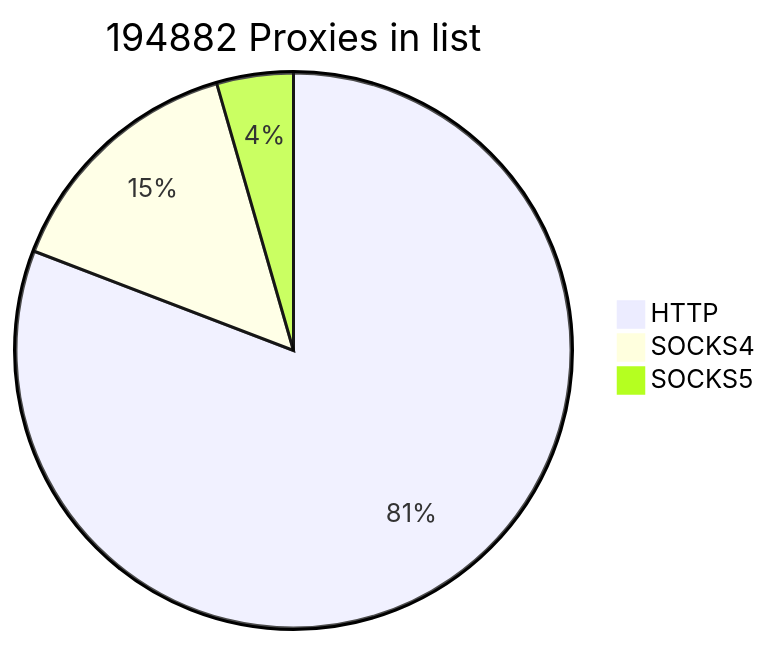
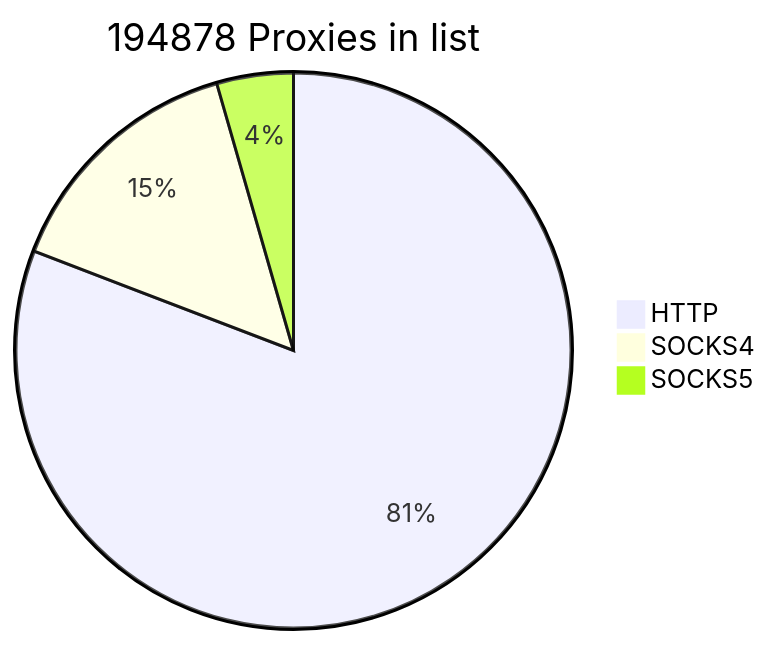
The first of 2 diagrams in README.md (cutipu/proxylist), drawn with Mermaid before and after one commit. The commit also changed other lines of this file, not shown here.

````diff
--- a/README.md
+++ b/README.md
@@ -2,7 +2,7 @@
 ```mermaid
-pie title 194882 Proxies in list
+pie title 194878 Proxies in list
     "HTTP" : 157504
     "SOCKS4" : 28696
-    "SOCKS5" : 8682
+    "SOCKS5" : 8678
             
 ```
````
